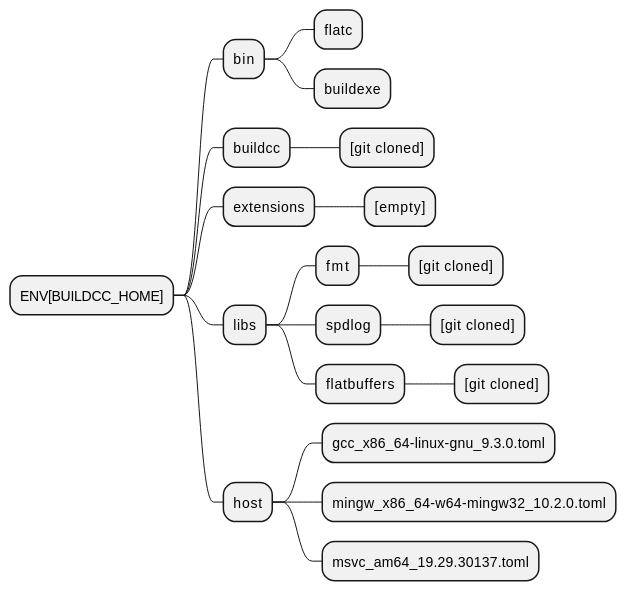
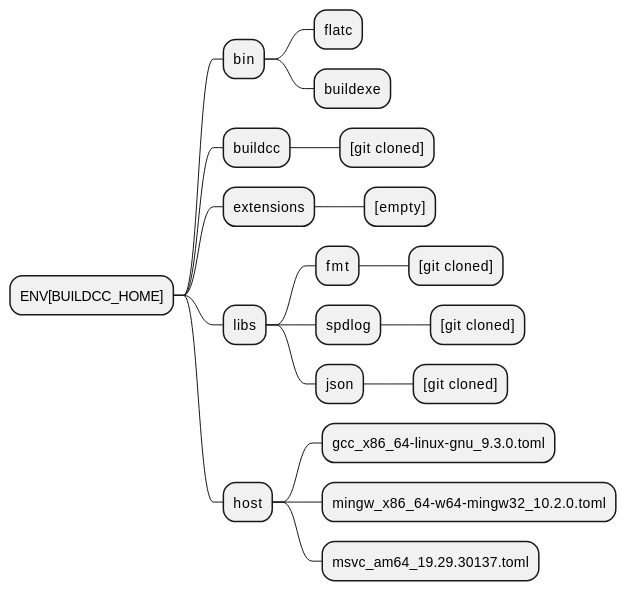
One commit to coder137/build_in_cpp changed the third of 3 diagrams in docs/source/getting_started/buildexe_setup.rst. Above: the diagram before and after it, drawn with PlantUML. The commit also changed 31 other files, not shown here.

```diff
--- a/docs/source/getting_started/buildexe_setup.rst
+++ b/docs/source/getting_started/buildexe_setup.rst
@@ -131,23 +131,23 @@
 .. uml::
 
     @startmindmap
     * ENV[BUILDCC_HOME]
     ** bin
     *** flatc
     *** buildexe
     ** buildcc
     *** [git cloned]
     ** extensions
     *** [empty]
     ** libs
     *** fmt
     **** [git cloned]
     *** spdlog
     **** [git cloned]
-    *** flatbuffers
+    *** json
     **** [git cloned]
     ** host
     *** gcc_x86_64-linux-gnu_9.3.0.toml
     *** mingw_x86_64-w64-mingw32_10.2.0.toml
     *** msvc_am64_19.29.30137.toml
     @endmindmap
```
